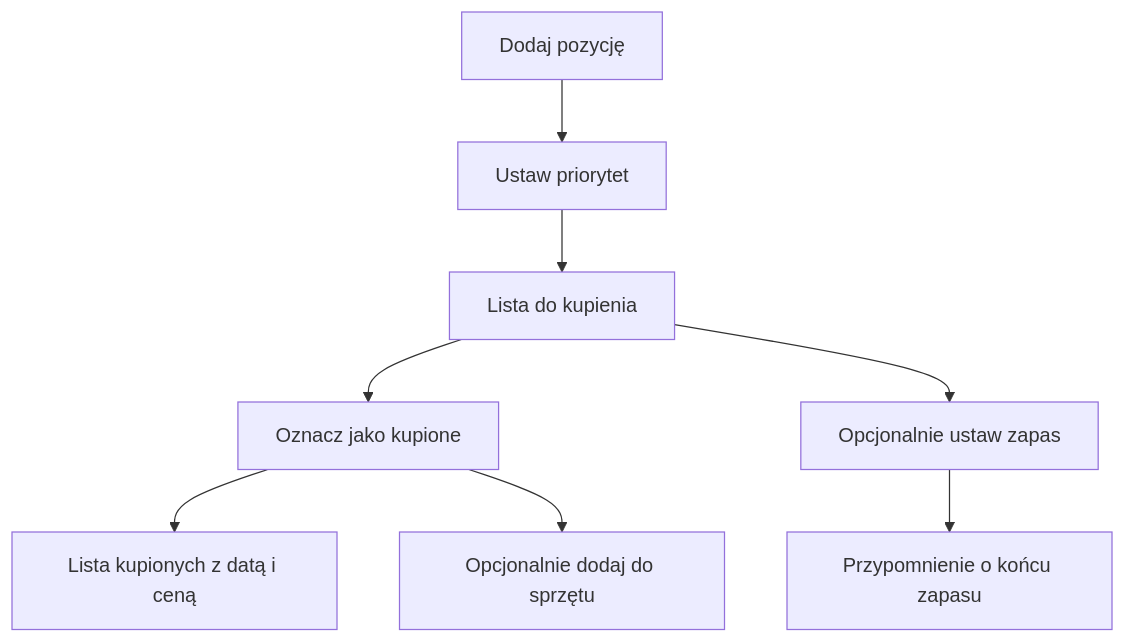
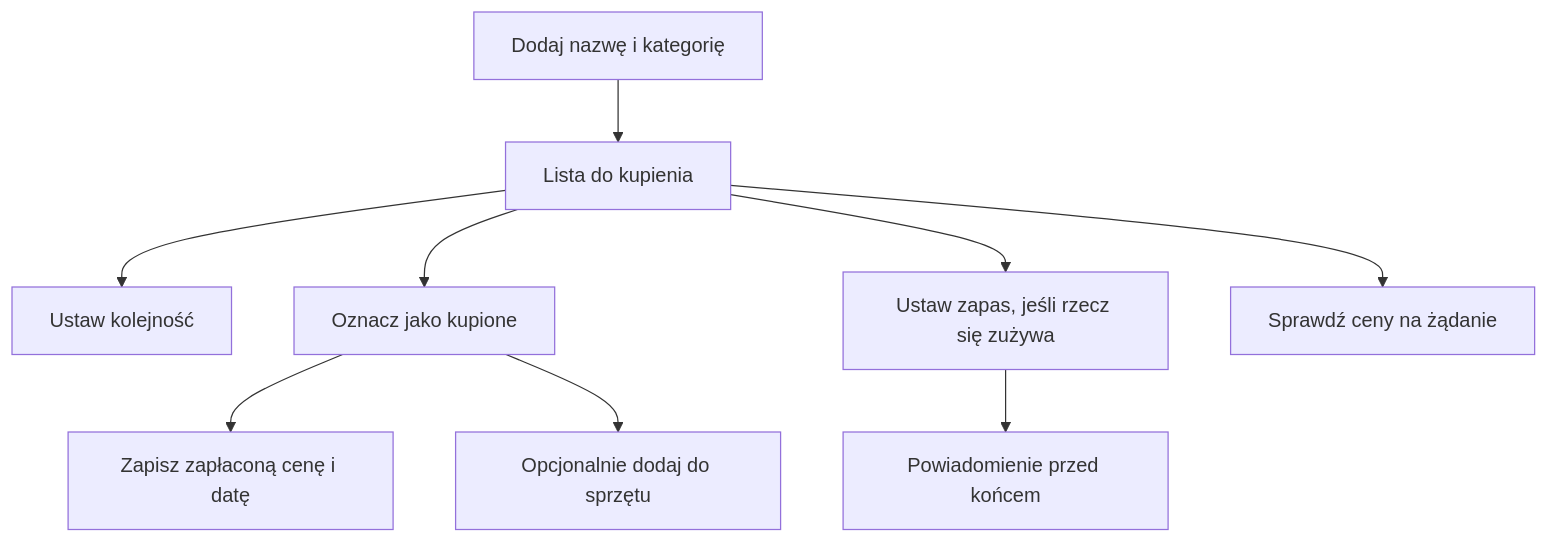
Before and after one commit to QbotMS/QbotQ: the diagram in docs/wiki/garaz/zakupy.md, drawn with Mermaid. The commit also changed other lines of this file and 153 other files, not shown here.

````diff
--- a/docs/wiki/garaz/zakupy.md
+++ b/docs/wiki/garaz/zakupy.md
@@ -41,10 +42,11 @@
 ```mermaid
 flowchart TD
-  Dodaj[Dodaj pozycję] --> Priorytet[Ustaw priorytet]
-  Priorytet --> Plan[Lista do kupienia]
-  Plan --> Kup[Oznacz jako kupione]
-  Kup --> Historia[Lista kupionych z datą i ceną]
-  Kup --> Garaz[Opcjonalnie dodaj do sprzętu]
-  Plan --> Zapas[Opcjonalnie ustaw zapas]
-  Zapas --> Przypomnienie[Przypomnienie o końcu zapasu]
+  Dodaj[Dodaj nazwę i kategorię] --> Plan[Lista do kupienia]
+  Plan --> Priorytet[Ustaw kolejność]
+  Plan --> Kupione[Oznacz jako kupione]
+  Kupione --> Cena[Zapisz zapłaconą cenę i datę]
+  Kupione --> Garaz[Opcjonalnie dodaj do sprzętu]
+  Plan --> Zapas[Ustaw zapas, jeśli rzecz się zużywa]
+  Zapas --> Przypomnienie[Powiadomienie przed końcem]
+  Plan --> Oferta[Sprawdź ceny na żądanie]
 ```
````
